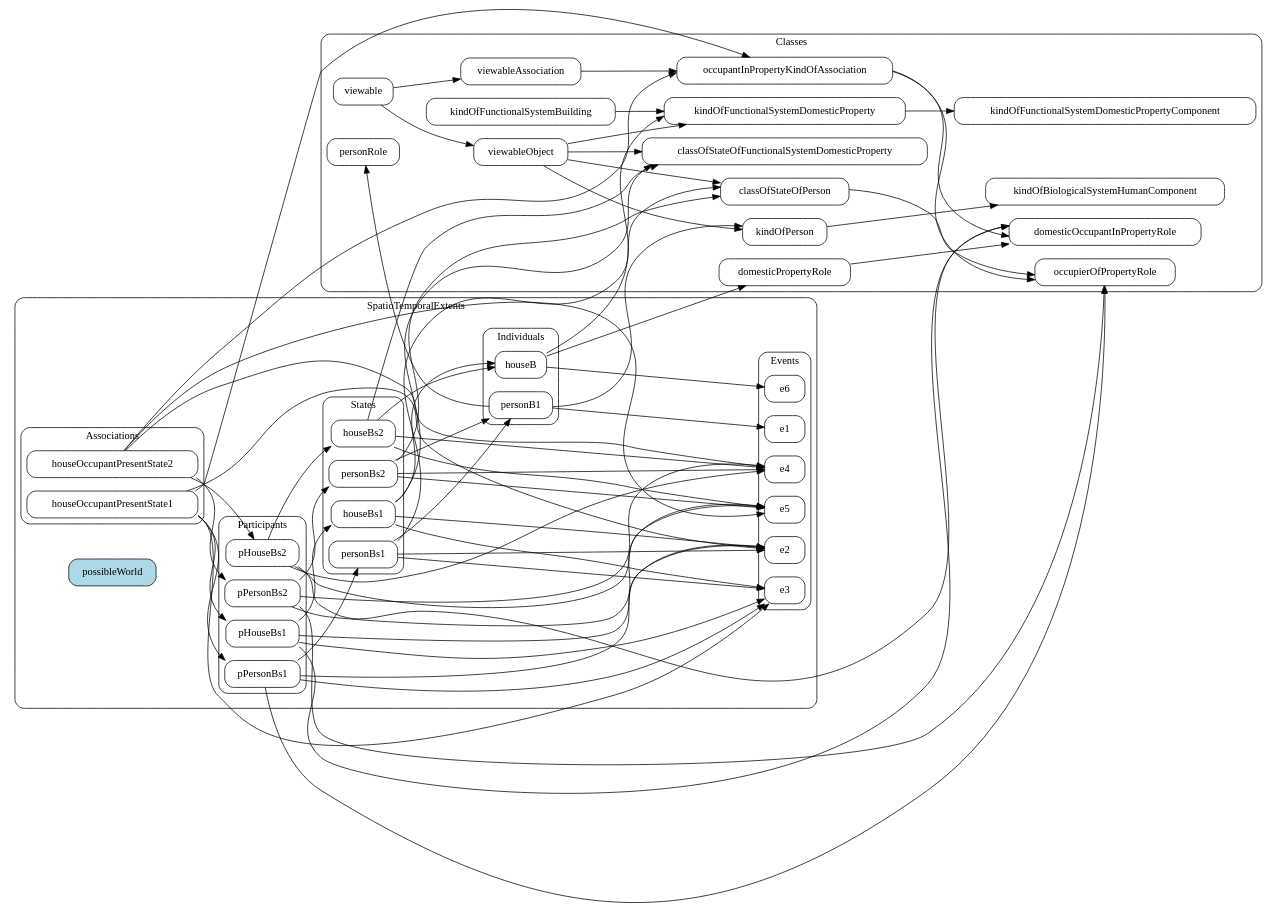
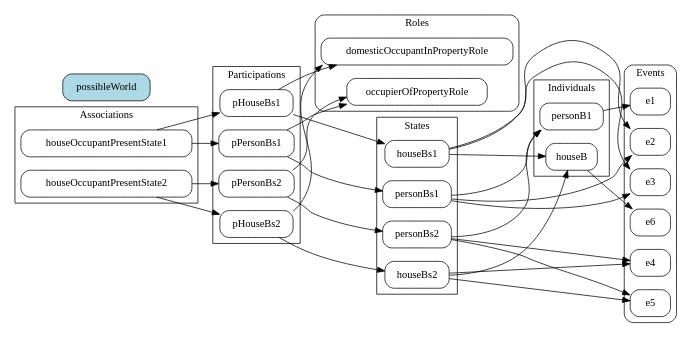
The diagram in builder_deps.dot (gchq/MagmaCore), drawn with Graphviz before and after one commit. The commit also changed 7 other files, not shown here.

```diff
--- a/builder_deps.dot
+++ b/builder_deps.dot
@@ -1,151 +1,92 @@
 digraph {
     layout=dot;
     rankdir=LR;
     node[shape=rect,style="rounded,filled",color=black,fillcolor=white];
 
     subgraph cluster_classes {
         style=rounded;
-        label="Classes";
+        label="Roles";
 
-        classOfStateOfFunctionalSystemDomesticProperty;
-        classOfStateOfPerson;
         domesticOccupantInPropertyRole;
-        domesticPropertyRole;
-        kindOfBiologicalSystemHumanComponent;
-        kindOfFunctionalSystemBuilding;
-        kindOfFunctionalSystemDomesticProperty;
-        kindOfFunctionalSystemDomesticPropertyComponent;
-        kindOfPerson;
-        occupantInPropertyKindOfAssociation;
         occupierOfPropertyRole;
-        personRole;
-        viewable;
-        viewableAssociation;
-        viewableObject;
     }
-    subgraph cluster_stes {
-        style=rounded;
-        label="SpatioTemporalExtents";
-
         subgraph cluster_events {
             style=rounded;
             label="Events";
 
             e1;
             e2;
             e3;
             e4;
             e5;
             e6;
         }
 
         subgraph cluster_individuals {
             label="Individuals";
             houseB;
             personB1;
         }
 
         subgraph cluster_states {
             label="States";
             houseBs1;
             houseBs2;
             personBs1;
             personBs2;
         }
 
         subgraph cluster_participants {
-            label="Participants";
+            label="Participations";
             pHouseBs1;
             pHouseBs2;
             pPersonBs1;
             pPersonBs2;
         }
 
         subgraph cluster_associations {
             label="Associations";
             houseOccupantPresentState1;
             houseOccupantPresentState2;
         }
         possibleWorld[fillcolor=lightblue];
-    };
 
-    houseOccupantPresentState2 -> occupantInPropertyKindOfAssociation;
     houseOccupantPresentState2 -> pHouseBs2;
     houseOccupantPresentState2 -> pPersonBs2;
-    houseOccupantPresentState2 -> e4;
-    houseOccupantPresentState2 -> e5;
 
-    houseOccupantPresentState1 -> occupantInPropertyKindOfAssociation;
     houseOccupantPresentState1 -> pHouseBs1;
     houseOccupantPresentState1 -> pPersonBs1;
-    houseOccupantPresentState1 -> e2;
-    houseOccupantPresentState1 -> e3;
 
-    viewable -> viewableObject;
-    viewable -> viewableAssociation;
-    kindOfFunctionalSystemBuilding -> kindOfFunctionalSystemDomesticProperty;
-    domesticPropertyRole -> domesticOccupantInPropertyRole;
-    classOfStateOfPerson -> occupierOfPropertyRole;
-
-    viewableObject -> kindOfPerson;
-    viewableObject -> classOfStateOfPerson;
-    viewableObject -> kindOfFunctionalSystemDomesticProperty;
-    viewableObject -> classOfStateOfFunctionalSystemDomesticProperty;
-    viewableAssociation -> occupantInPropertyKindOfAssociation;
-
-    kindOfPerson -> kindOfBiologicalSystemHumanComponent;
-    kindOfFunctionalSystemDomesticProperty -> kindOfFunctionalSystemDomesticPropertyComponent;
-
-    occupantInPropertyKindOfAssociation -> domesticOccupantInPropertyRole;
-    occupantInPropertyKindOfAssociation -> occupierOfPropertyRole;
-
-
-    personB1 -> kindOfPerson;
-    personB1 -> personRole;
     personB1 -> e1;
 
-    personBs1 -> classOfStateOfPerson;
     personBs1 -> personB1;
     personBs1 -> e2;
     personBs1 -> e3;
 
-    personBs2 -> classOfStateOfPerson;
     personBs2 -> personB1;
     personBs2 -> e4;
     personBs2 -> e5;
 
-    houseB -> kindOfFunctionalSystemDomesticProperty;
-    houseB -> domesticPropertyRole;
     houseB -> e6;
 
-    houseBs1 -> classOfStateOfFunctionalSystemDomesticProperty;
     houseBs1 -> houseB;
     houseBs1 -> e2;
     houseBs1 -> e3;
 
-    houseBs2 -> classOfStateOfFunctionalSystemDomesticProperty;
     houseBs2 -> houseB;
     houseBs2 -> e4;
     houseBs2 -> e5;
 
     pPersonBs1 -> occupierOfPropertyRole;
     pPersonBs1 -> personBs1;
-    pPersonBs1 -> e2;
-    pPersonBs1 -> e3;
 
     pHouseBs1 -> domesticOccupantInPropertyRole;
     pHouseBs1 -> houseBs1;
-    pHouseBs1 -> e2;
-    pHouseBs1 -> e3;
 
     pPersonBs2 -> occupierOfPropertyRole;
     pPersonBs2 -> personBs2;
-    pPersonBs2 -> e4;
-    pPersonBs2 -> e5;
 
     pHouseBs2 -> domesticOccupantInPropertyRole;
     pHouseBs2 -> houseBs2;
-    pHouseBs2 -> e4;
-    pHouseBs2 -> e5;
 
 }
```
